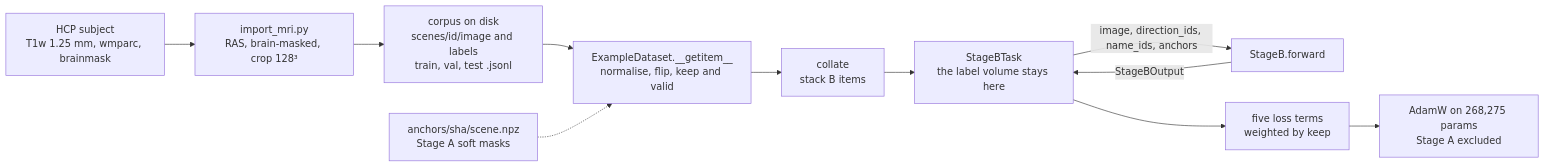
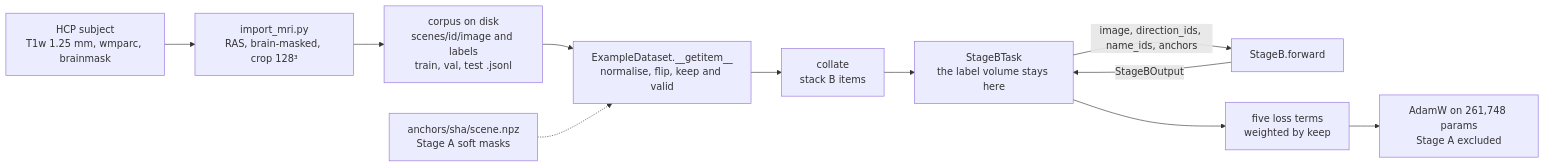
The second of 2 diagrams in documentation/SpatialVox.md (MaximeHuppe/SpatialVox), drawn with Mermaid before and after one commit. The commit also changed other lines of this file and 17 other files, not shown here.

````diff
--- a/documentation/SpatialVox.md
+++ b/documentation/SpatialVox.md
@@ -187,13 +184,13 @@
 ```mermaid
 flowchart LR
     HCP["HCP subject<br/>T1w 1.25 mm, wmparc, brainmask"] --> IMP["import_mri.py<br/>RAS, brain-masked, crop 128³"]
     IMP --> DISK["corpus on disk<br/>scenes/id/image and labels<br/>train, val, test .jsonl"]
     DISK --> DS["ExampleDataset.__getitem__<br/>normalise, flip, keep and valid"]
     CACHE["anchors/sha/scene.npz<br/>Stage A soft masks"] -.-> DS
     DS --> COL["collate<br/>stack B items"]
     COL --> TASK["StageBTask<br/>the label volume stays here"]
     TASK -->|"image, direction_ids, name_ids, anchors"| MODEL["StageB.forward"]
     MODEL -->|"StageBOutput"| TASK
     TASK --> LOSS["five loss terms<br/>weighted by keep"]
-    LOSS --> OPT["AdamW on 268,275 params<br/>Stage A excluded"]
+    LOSS --> OPT["AdamW on 261,748 params<br/>Stage A excluded"]
 ```
````
